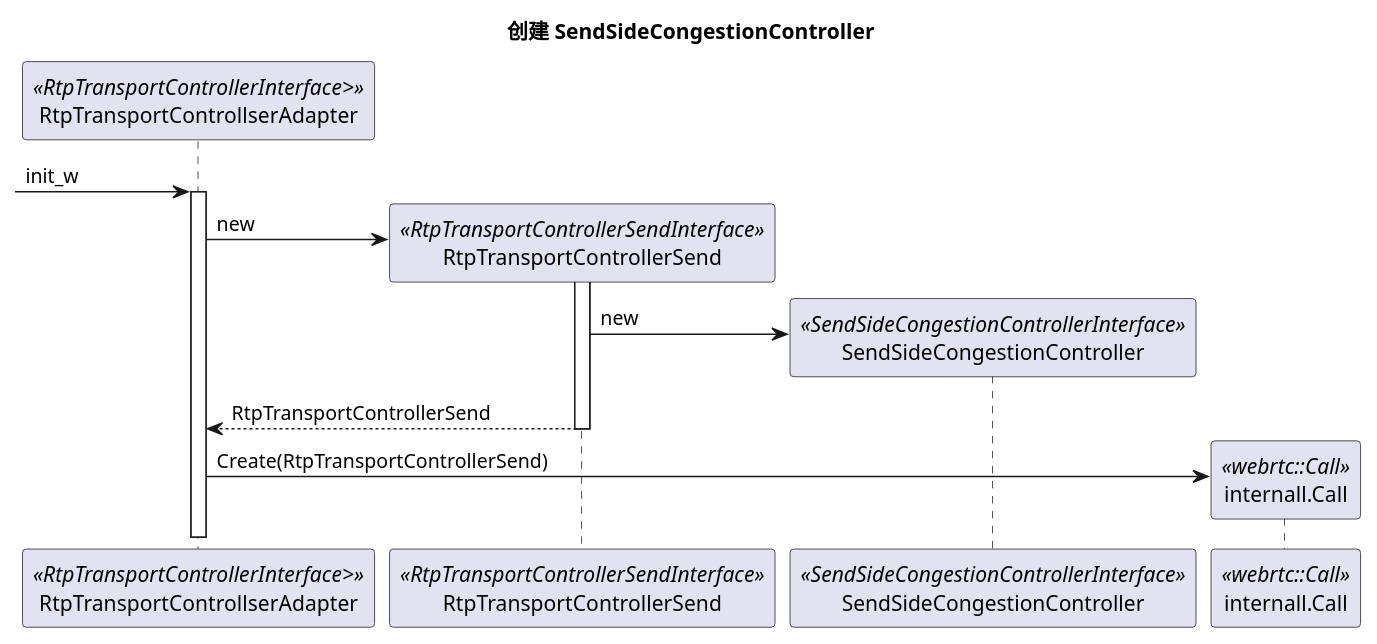
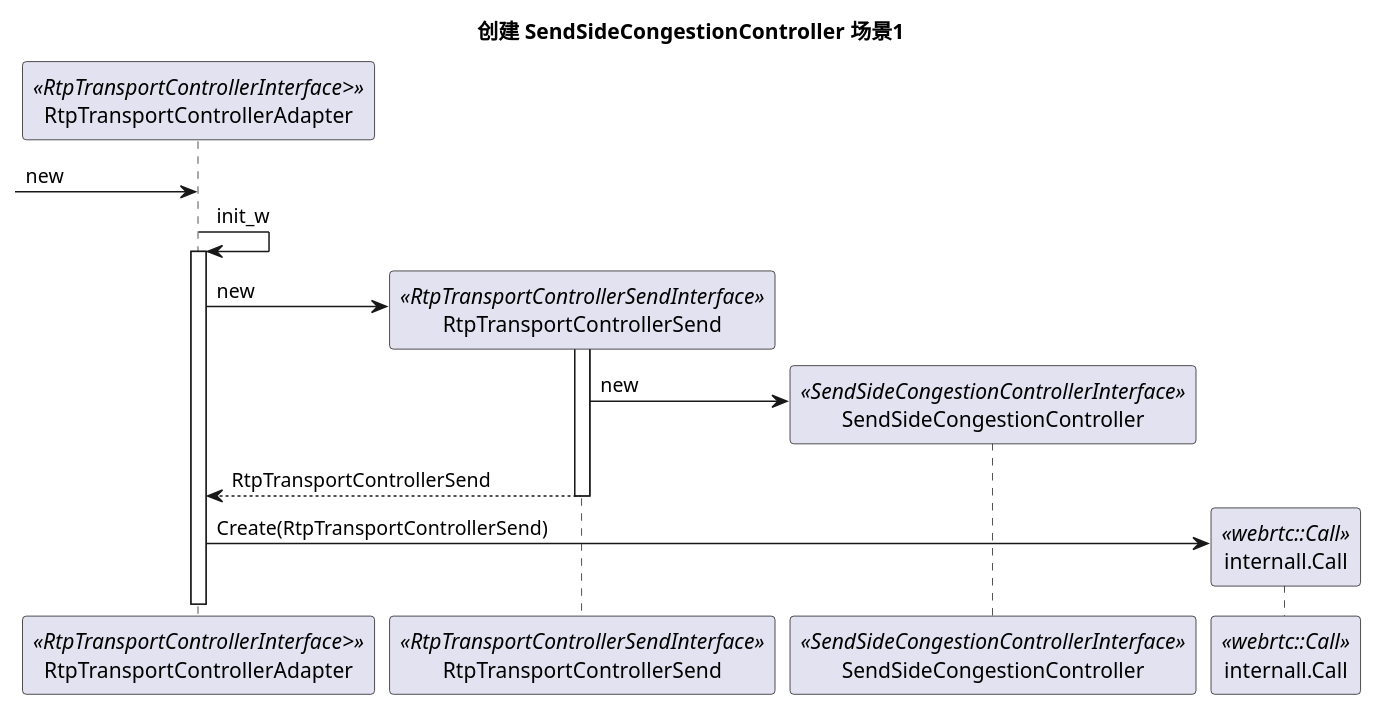
Before and after one commit to mingxin505/webrtcNote: the fourth of 8 diagrams in webrtc_chrome/modules.md, drawn with PlantUML. The commit also changed other lines of this file and 7 other files, not shown here.

````diff
--- a/webrtc_chrome/modules.md
+++ b/webrtc_chrome/modules.md
@@ -59,23 +85,22 @@
 ```plantuml
 @startuml
-title "创建 SendSideCongestionController"  
-participant RtpTransportControllserAdapter as adapter <<RtpTransportControllerInterface>>>>  
-
+title "创建 SendSideCongestionController 场景1"  
+participant RtpTransportControllerAdapter as adapter <<RtpTransportControllerInterface>>>>  
 participant RtpTransportControllerSend as rtptcs <<RtpTransportControllerSendInterface>>  
 participant SendSideCongestionController as ssccr <<SendSideCongestionControllerInterface>> 
 participant internall.Call as call <<webrtc::Call>> 
 
 
--> adapter : init_w
+-> adapter : new
+adapter -> adapter :init_w
 activate adapter
 create rtptcs
 adapter -> rtptcs : new
 activate rtptcs
 create ssccr
 rtptcs -> ssccr : new
 return RtpTransportControllerSend
 create call
 adapter -> call : Create(RtpTransportControllerSend)
-
 @enduml
 ```
````
